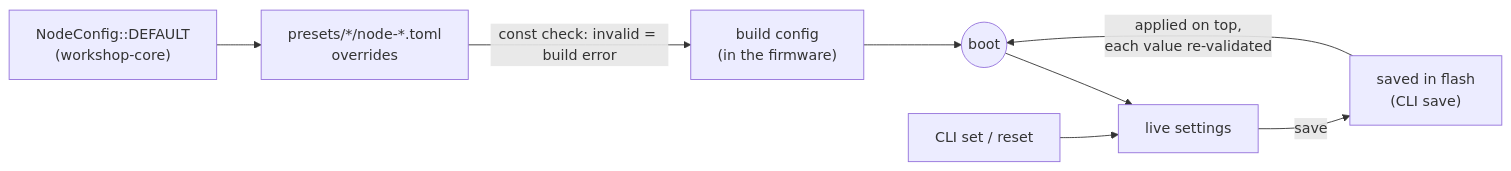
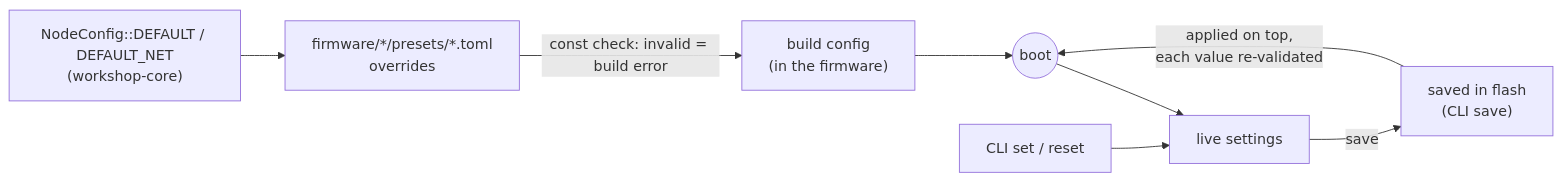
Before and after one commit to Lpwlk/esp32-rust-workshop: the diagram in docs/book/configuration.md, drawn with Mermaid. The commit also changed other lines of this file and 17 other files, not shown here.

````diff
--- a/docs/book/configuration.md
+++ b/docs/book/configuration.md
@@ -18,10 +18,10 @@
 ```mermaid
 flowchart LR
-    default["NodeConfig::DEFAULT<br/>(workshop-core)"] --> node["presets/*/node-*.toml<br/>overrides"]
+    default["NodeConfig::DEFAULT / DEFAULT_NET<br/>(workshop-core)"] --> node["firmware/*/presets/*.toml<br/>overrides"]
     node -- "const check: invalid = build error" --> build["build config<br/>(in the firmware)"]
     build --> boot(("boot"))
     flash["saved in flash<br/>(CLI save)"] -- "applied on top,<br/>each value re-validated" --> boot
     boot --> live["live settings"]
     cli["CLI set / reset"] --> live
     live -- "save" --> flash
 ```
````
